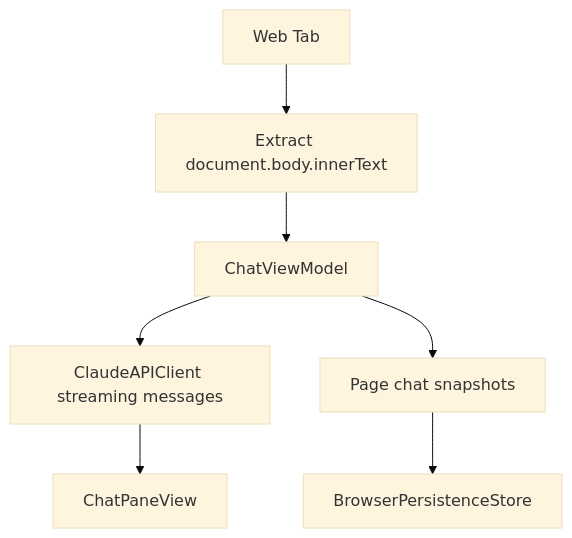
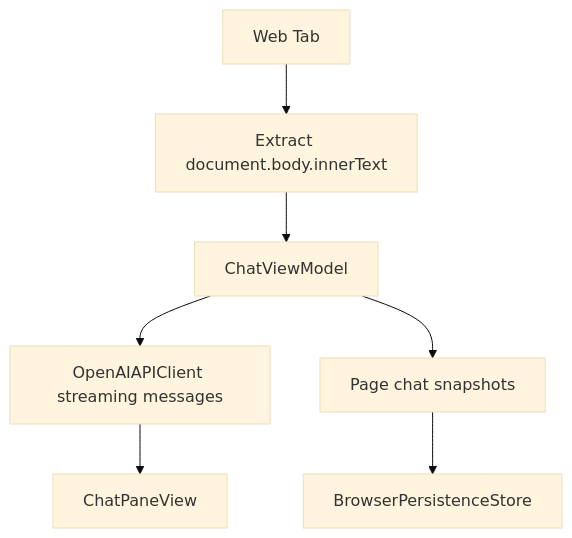
Before and after one commit to daniel-inderos/browse: the second of 2 diagrams in README.md, drawn with Mermaid (base theme). The commit also changed other lines of this file and 18 other files, not shown here.

````diff
--- a/README.md
+++ b/README.md
@@ -369,9 +368,9 @@
 ```mermaid
 flowchart TD
     A["Web Tab"] --> B["Extract document.body.innerText"]
     B --> C["ChatViewModel"]
-    C --> D["ClaudeAPIClient streaming messages"]
+    C --> D["OpenAIAPIClient streaming messages"]
     D --> E["ChatPaneView"]
     C --> F["Page chat snapshots"]
     F --> G["BrowserPersistenceStore"]
 ```
````
